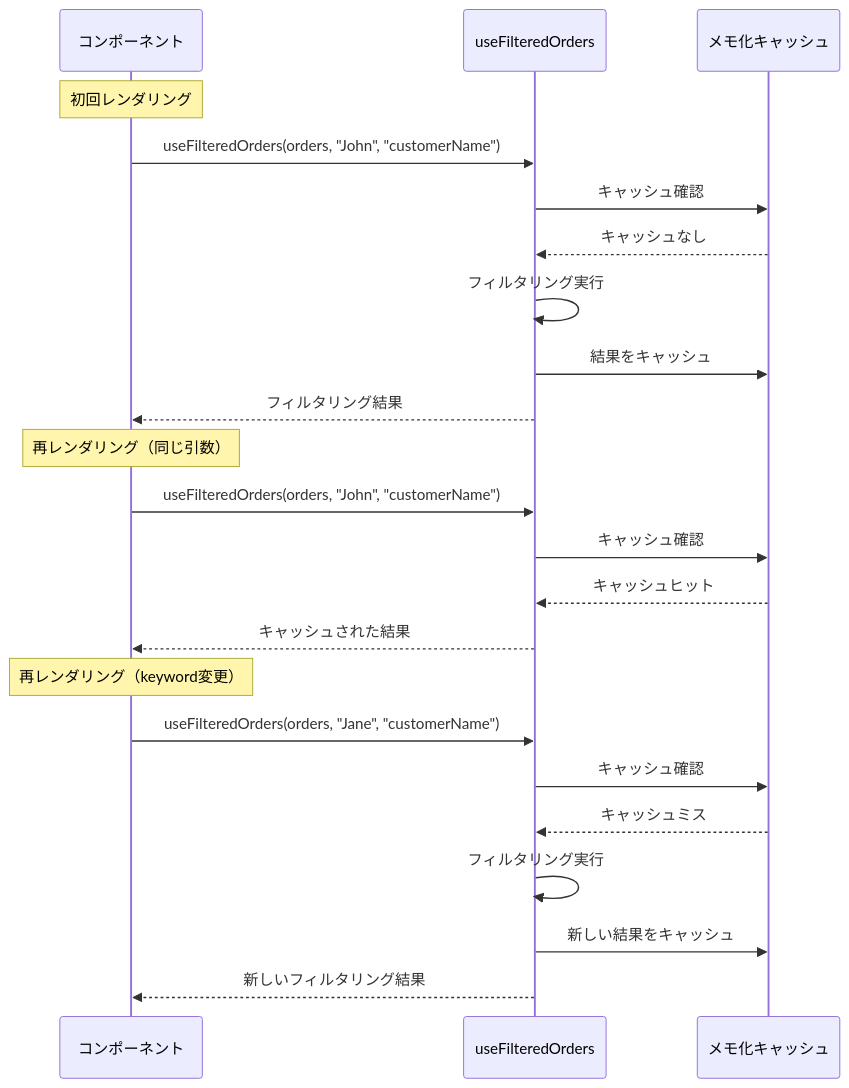
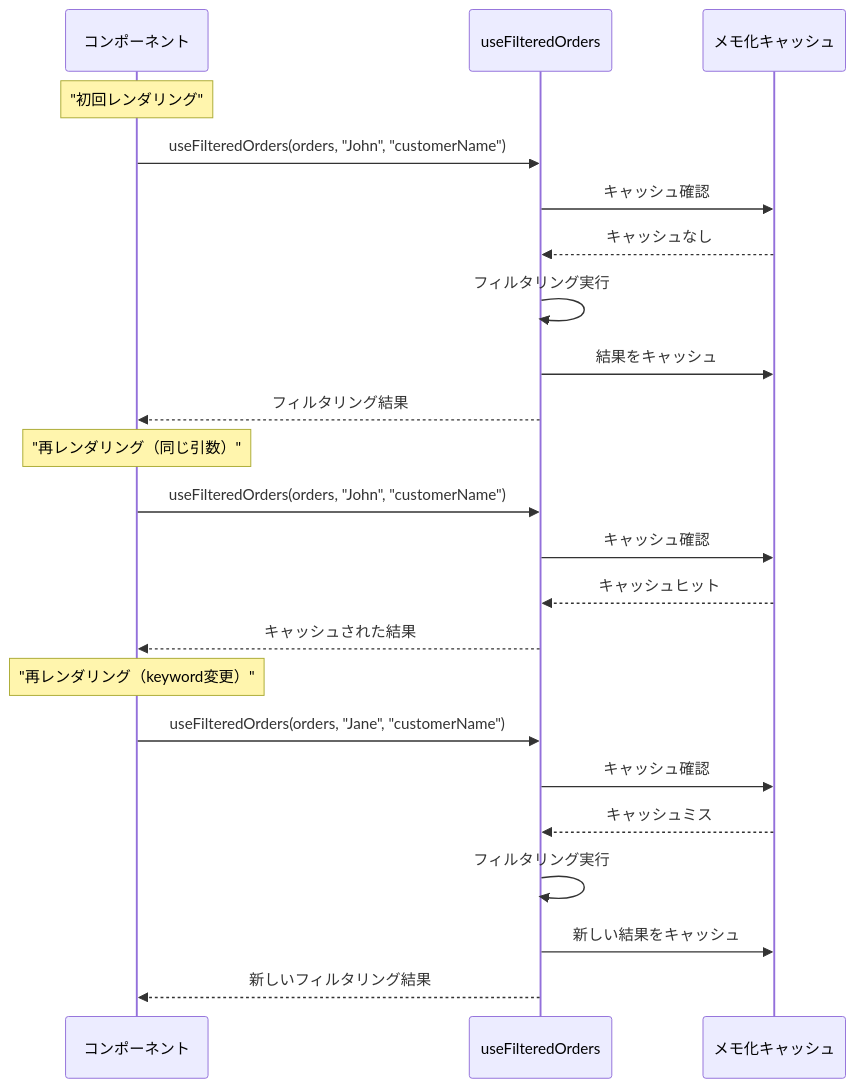
The fifth of 6 diagrams in document/hooks/sequence/useFilteredOrders.md (wasabi49/ocs-systemDevelopmentExercises), drawn with Mermaid before and after one commit. The commit also changed 42 other files, not shown here.

First line of the commit message:
fix: mermaidシーケンス図のNote over文でダブルクォーテーション不足を修正

````diff
--- a/document/hooks/sequence/useFilteredOrders.md
+++ b/document/hooks/sequence/useFilteredOrders.md
@@ -115,28 +115,28 @@
 ```mermaid
 sequenceDiagram
     participant Component as コンポーネント
     participant Hook as useFilteredOrders
     participant Cache as メモ化キャッシュ
 
-    Note over Component: 初回レンダリング
+    Note over Component: "初回レンダリング"
     Component->>Hook: useFilteredOrders(orders, "John", "customerName")
     Hook->>Cache: キャッシュ確認
     Cache-->>Hook: キャッシュなし
     Hook->>Hook: フィルタリング実行
     Hook->>Cache: 結果をキャッシュ
     Hook-->>Component: フィルタリング結果
     
-    Note over Component: 再レンダリング（同じ引数）
+    Note over Component: "再レンダリング（同じ引数）"
     Component->>Hook: useFilteredOrders(orders, "John", "customerName")
     Hook->>Cache: キャッシュ確認
     Cache-->>Hook: キャッシュヒット
     Hook-->>Component: キャッシュされた結果
     
-    Note over Component: 再レンダリング（keyword変更）
+    Note over Component: "再レンダリング（keyword変更）"
     Component->>Hook: useFilteredOrders(orders, "Jane", "customerName")
     Hook->>Cache: キャッシュ確認
     Cache-->>Hook: キャッシュミス
     Hook->>Hook: フィルタリング実行
     Hook->>Cache: 新しい結果をキャッシュ
     Hook-->>Component: 新しいフィルタリング結果
 ```
````
